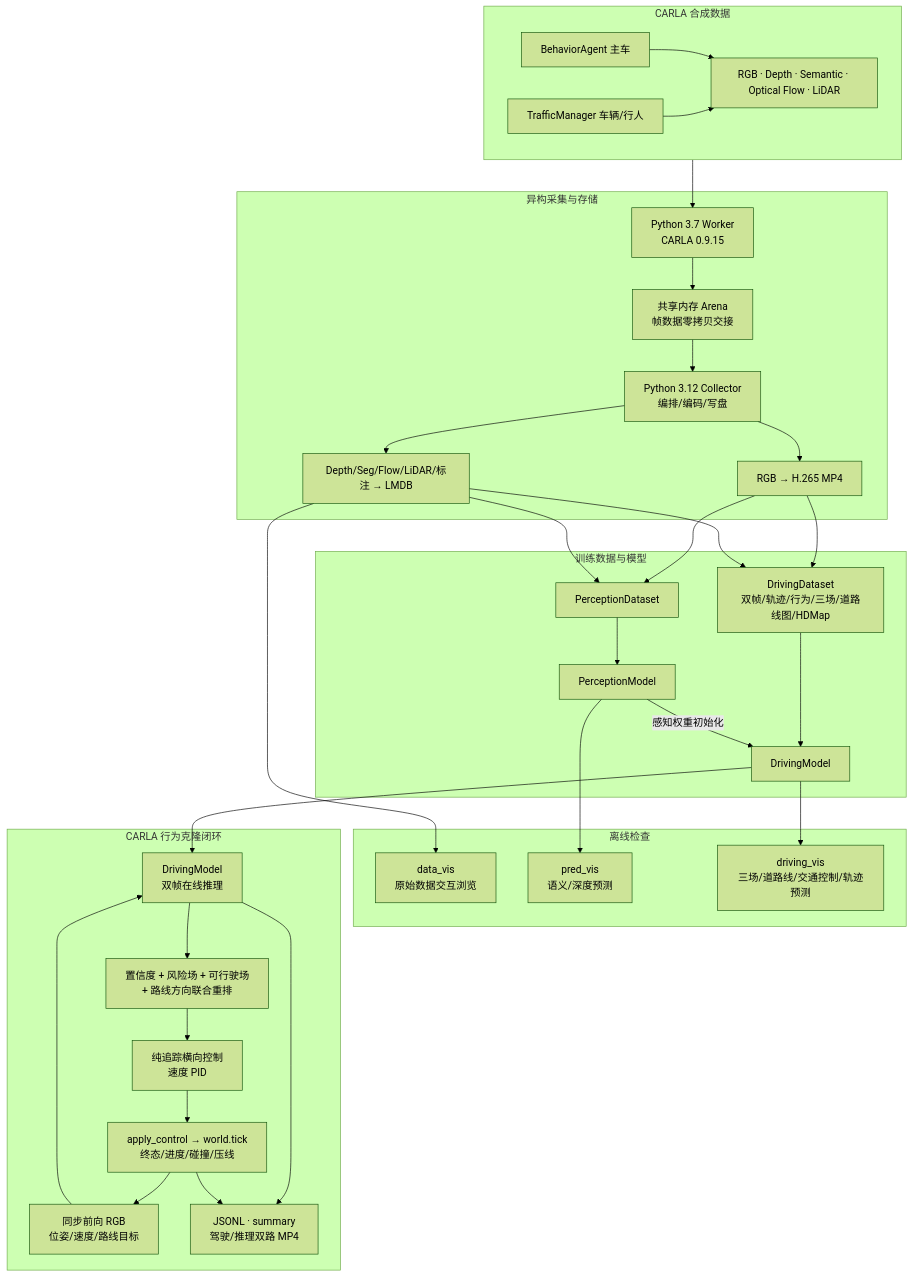
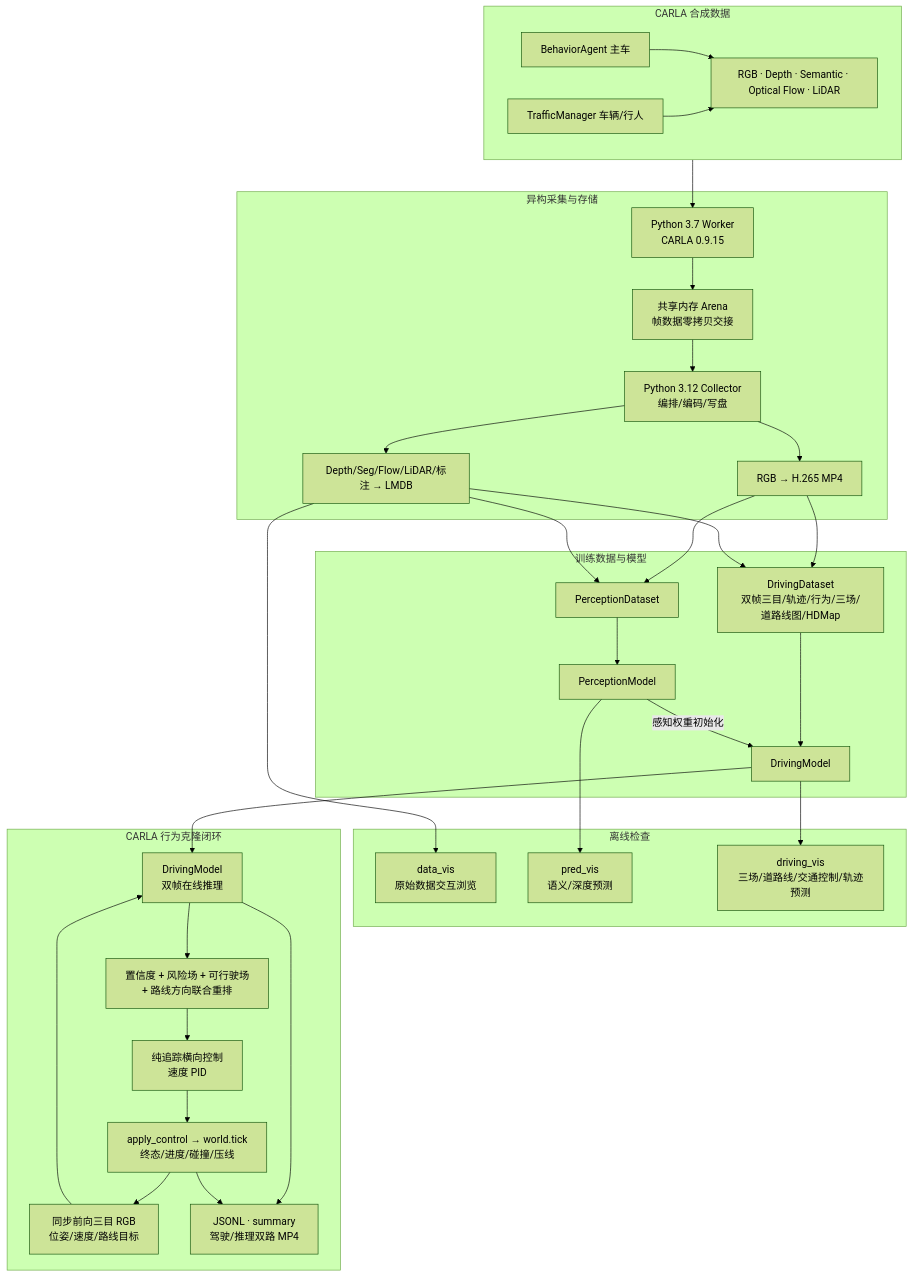
One commit to ByteDriveTeam/ByteDrive-Toy changed the second of 9 diagrams in README.md. Above: the diagram before and after it, drawn with Mermaid (forest theme). The commit also changed other lines of this file and 27 other files, not shown here.

````diff
--- a/README.md
+++ b/README.md
@@ -139,59 +139,59 @@
 ```mermaid
 flowchart TB
     subgraph SIM["CARLA 合成数据"]
         C1["BehaviorAgent 主车"]
         C2["TrafficManager 车辆/行人"]
         C3["RGB · Depth · Semantic · Optical Flow · LiDAR"]
         C1 --> C3
         C2 --> C3
     end
 
     subgraph STORE["异构采集与存储"]
         W["Python 3.7 Worker<br/>CARLA 0.9.15"]
         SHM["共享内存 Arena<br/>帧数据零拷贝交接"]
         COL["Python 3.12 Collector<br/>编排/编码/写盘"]
         MP4["RGB → H.265 MP4"]
         DB["Depth/Seg/Flow/LiDAR/标注 → LMDB"]
         W --> SHM --> COL
         COL --> MP4
         COL --> DB
     end
 
     subgraph LEARN["训练数据与模型"]
         DS1["PerceptionDataset"]
-        DS2["DrivingDataset<br/>双帧/轨迹/行为/三场/道路线图/HDMap"]
+        DS2["DrivingDataset<br/>双帧三目/轨迹/行为/三场/道路线图/HDMap"]
         P["PerceptionModel"]
         D["DrivingModel"]
         DS1 --> P
         DS2 --> D
         P -->|"感知权重初始化"| D
     end
 
     subgraph VIS["离线检查"]
         V1["data_vis<br/>原始数据交互浏览"]
         V2["pred_vis<br/>语义/深度预测"]
         V3["driving_vis<br/>三场/道路线/交通控制/轨迹预测"]
     end
 
     subgraph CLOSED["CARLA 行为克隆闭环"]
-        OBS["同步前向 RGB<br/>位姿/速度/路线目标"]
+        OBS["同步前向三目 RGB<br/>位姿/速度/路线目标"]
         INF["DrivingModel<br/>双帧在线推理"]
         SELECT["置信度 + 风险场 + 可行驶场<br/>+ 路线方向联合重排"]
         CTRL["纯追踪横向控制<br/>速度 PID"]
         STEP["apply_control → world.tick<br/>终态/进度/碰撞/压线"]
         LOG["JSONL · summary<br/>驾驶/推理双路 MP4"]
         OBS --> INF --> SELECT --> CTRL --> STEP --> OBS
         INF --> LOG
         STEP --> LOG
     end
 
     SIM --> W
     MP4 --> DS1
     DB --> DS1
     MP4 --> DS2
     DB --> DS2
     DB --> V1
     P --> V2
     D --> V3
     D --> INF
 ```
````
